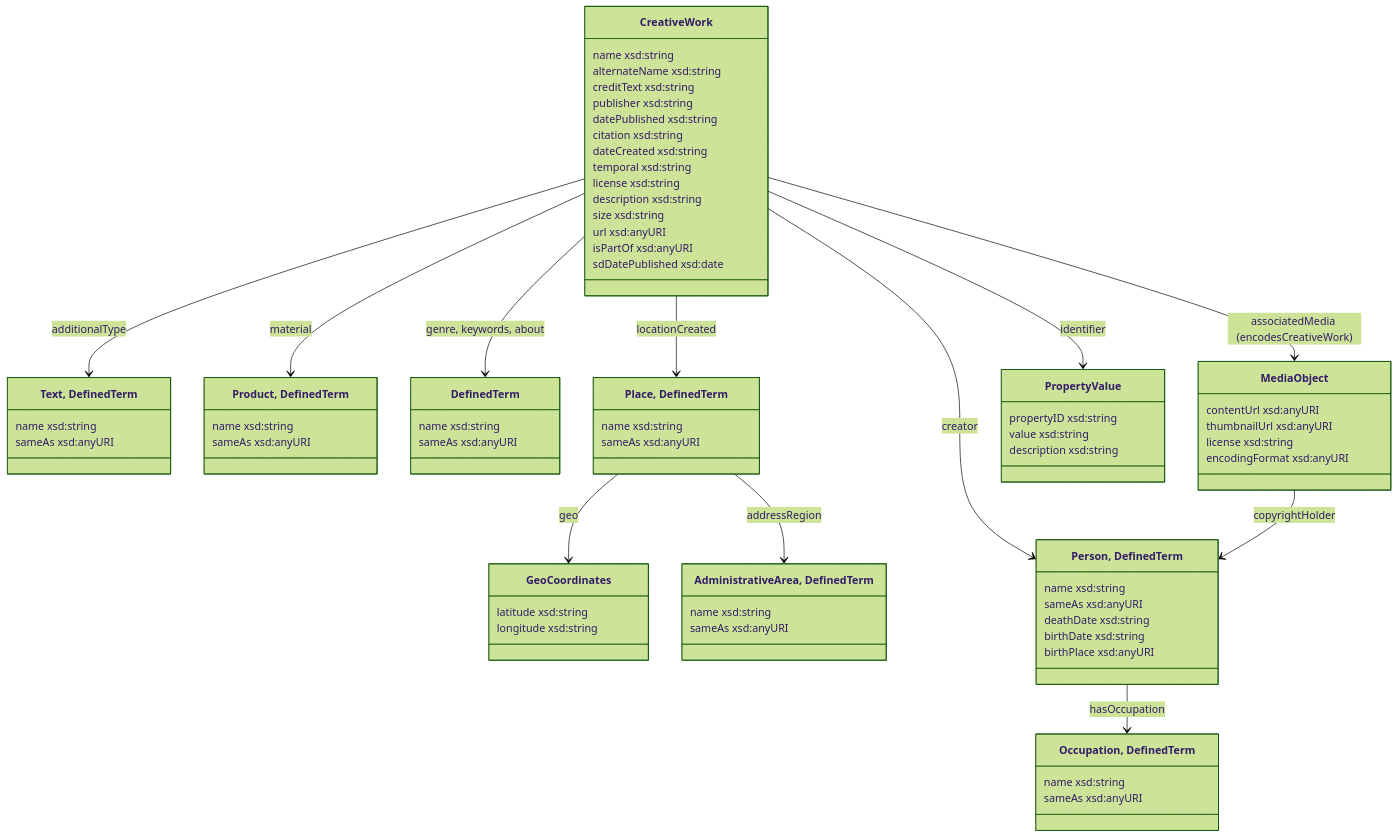
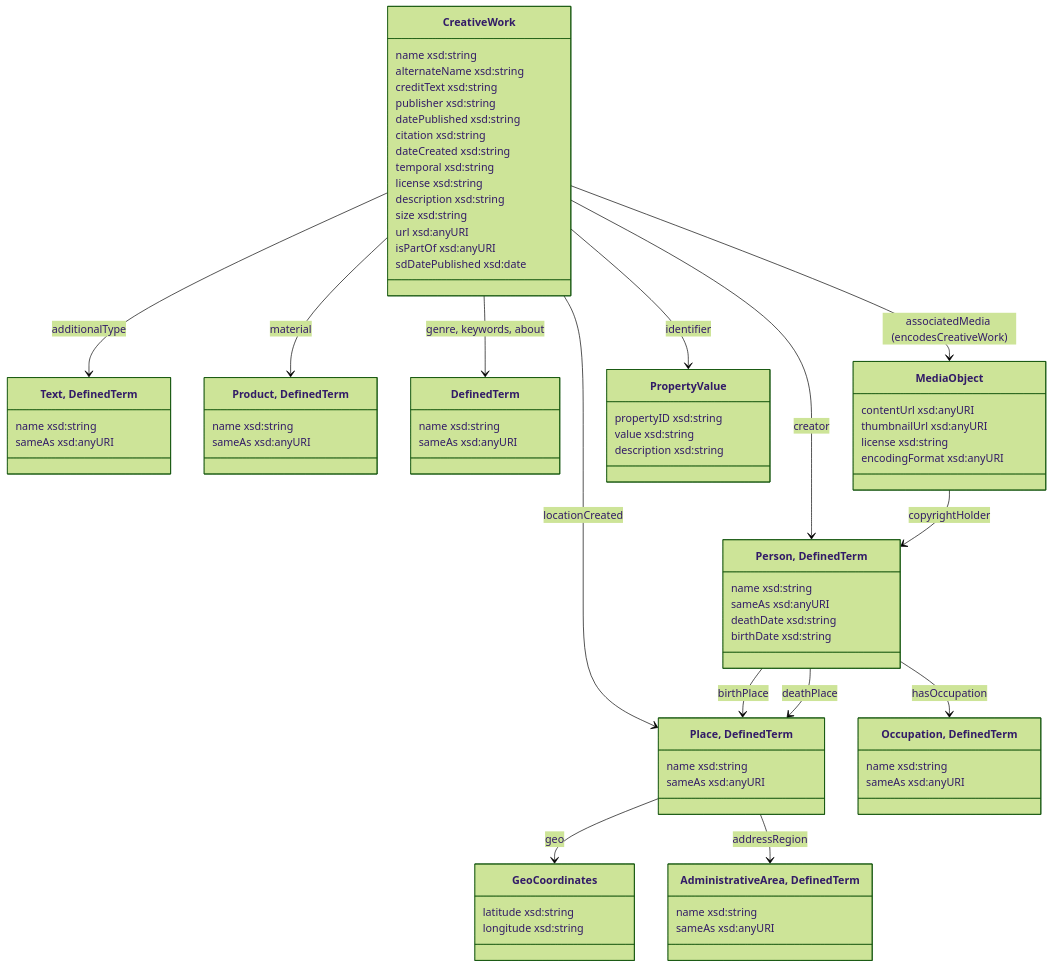
The first of 5 diagrams in docs/datamodel.md (collectienederland/schema-profile), drawn with Mermaid before and after one commit. The commit also changed other lines of this file, not shown here.

Commit message:
added deathDate

```diff
--- a/docs/datamodel.md
+++ b/docs/datamodel.md
@@ -62,12 +62,14 @@
 
 class person["Person, DefinedTerm"]{
   name xsd:string 
-   sameAs xsd:anyURI 
-  deathDate xsd:string 
+  sameAs xsd:anyURI 
+  deathDate xsd:string  
   birthDate xsd:string 
-  birthPlace xsd:anyURI 
 }
 creativework --> person: creator
+person --> place: birthPlace
+person --> place: deathPlace
+
 class occupation["Occupation, DefinedTerm"]{
   name xsd:string 
   sameAs xsd:anyURI 
```
